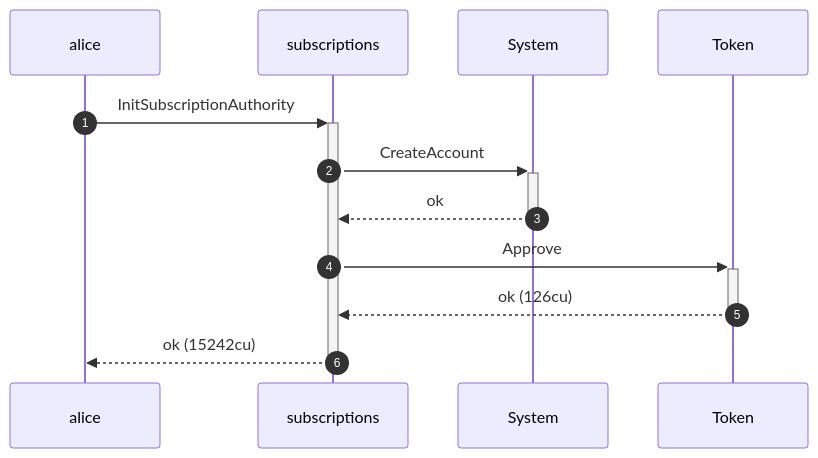
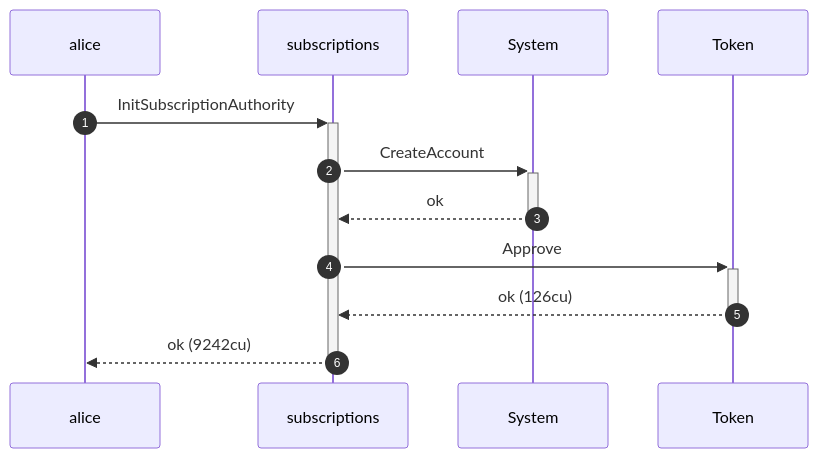
One commit to cds-rs/subscriptions changed the second of 8 diagrams in dsl_tests/transfer-subscription--a-cancelled-subscription-past-its-period-is-refused.md. Above: the diagram before and after it, drawn with Mermaid. The commit also changed other lines of this file and 224 other files, not shown here.

````diff
--- a/dsl_tests/transfer-subscription--a-cancelled-subscription-past-its-period-is-refused.md
+++ b/dsl_tests/transfer-subscription--a-cancelled-subscription-past-its-period-is-refused.md
@@ -38,14 +39,14 @@
 ```mermaid
 sequenceDiagram
     autonumber
     participant alice
     participant subscriptions
     participant System
     participant Token
     alice ->>+ subscriptions: InitSubscriptionAuthority
     subscriptions ->>+ System: CreateAccount
     System -->>- subscriptions: ok
     subscriptions ->>+ Token: Approve
     Token -->>- subscriptions: ok (126cu)
-    subscriptions -->>- alice: ok (15242cu)
+    subscriptions -->>- alice: ok (9242cu)
 ```
````
